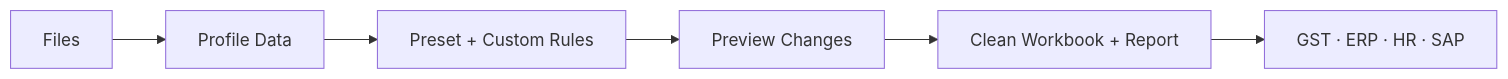
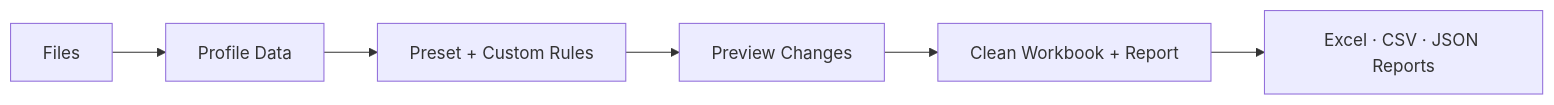
Before and after one commit to atulyaai/Atulya-Data-Scruber: the diagram in README.md, drawn with Mermaid. The commit also changed other lines of this file, not shown here.

````diff
--- a/README.md
+++ b/README.md
@@ -35,8 +35,8 @@
 ```mermaid
 flowchart LR
     INPUT["Files"] --> PROFILE["Profile Data"]
     PROFILE --> RULES["Preset + Custom Rules"]
     RULES --> PREVIEW["Preview Changes"]
     PREVIEW --> EXPORT["Clean Workbook + Report"]
-    EXPORT --> MODULES["GST · ERP · HR · SAP"]
+    EXPORT --> OUTPUT["Excel · CSV · JSON Reports"]
 ```
````
